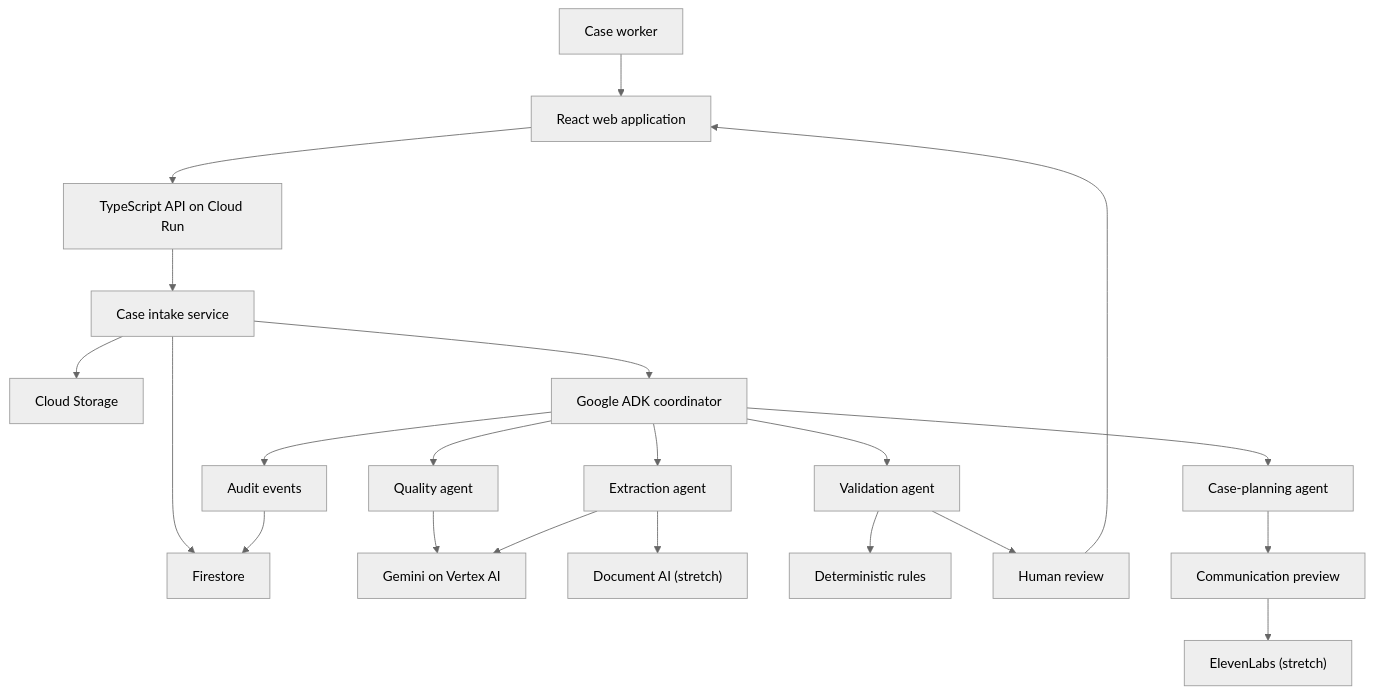
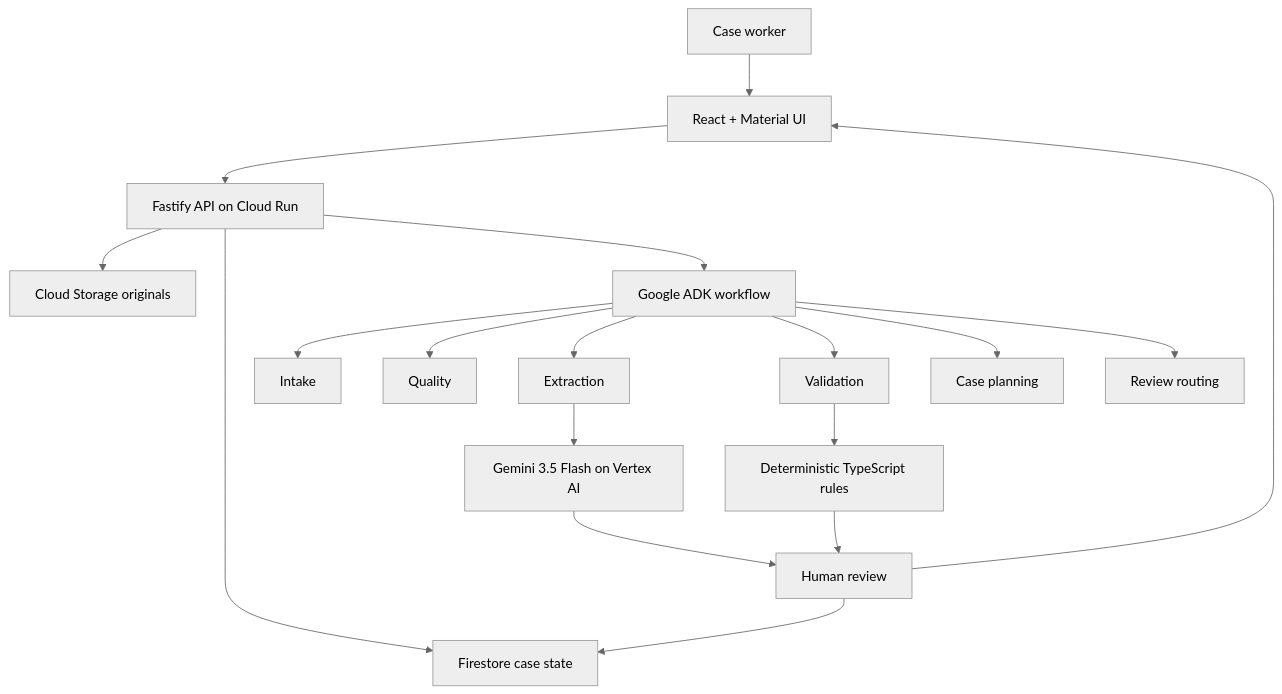
One commit to amin076/claimflow-agent changed the diagram in README.md. Above: the diagram before and after it, drawn with Mermaid (neutral theme). The commit also changed other lines of this file and 4 other files, not shown here.

````diff
--- a/README.md
+++ b/README.md
@@ -46,26 +65,22 @@
 ```mermaid
 flowchart TD
-    U["Case worker"] --> UI["React web application"]
-    UI --> API["TypeScript API on Cloud Run"]
-    API --> IN["Case intake service"]
-    IN --> OBJ["Cloud Storage"]
-    IN --> DB["Firestore"]
-    IN --> ORCH["Google ADK coordinator"]
+    U["Case worker"] --> UI["React + Material UI"]
+    UI --> API["Fastify API on Cloud Run"]
+    API --> OBJ["Cloud Storage originals"]
+    API --> DB["Firestore case state"]
+    API --> ORCH["Google ADK workflow"]
 
-    ORCH --> Q["Quality agent"]
-    ORCH --> X["Extraction agent"]
-    ORCH --> V["Validation agent"]
-    ORCH --> P["Case-planning agent"]
+    ORCH --> I["Intake"]
+    ORCH --> Q["Quality"]
+    ORCH --> X["Extraction"]
+    ORCH --> V["Validation"]
+    ORCH --> P["Case planning"]
+    ORCH --> R["Review routing"]
 
-    Q --> GEM["Gemini on Vertex AI"]
-    X --> GEM
-    X --> DOC["Document AI (stretch)"]
-    V --> RULES["Deterministic rules"]
-    V --> REVIEW["Human review"]
-    P --> COMMS["Communication preview"]
-    COMMS --> VOICE["ElevenLabs (stretch)"]
-
+    X --> GEM["Gemini 3.5 Flash on Vertex AI"]
+    V --> RULES["Deterministic TypeScript rules"]
+    RULES --> REVIEW["Human review"]
+    GEM --> REVIEW
+    REVIEW --> DB
     REVIEW --> UI
-    ORCH --> AUDIT["Audit events"]
-    AUDIT --> DB
 ```
````
